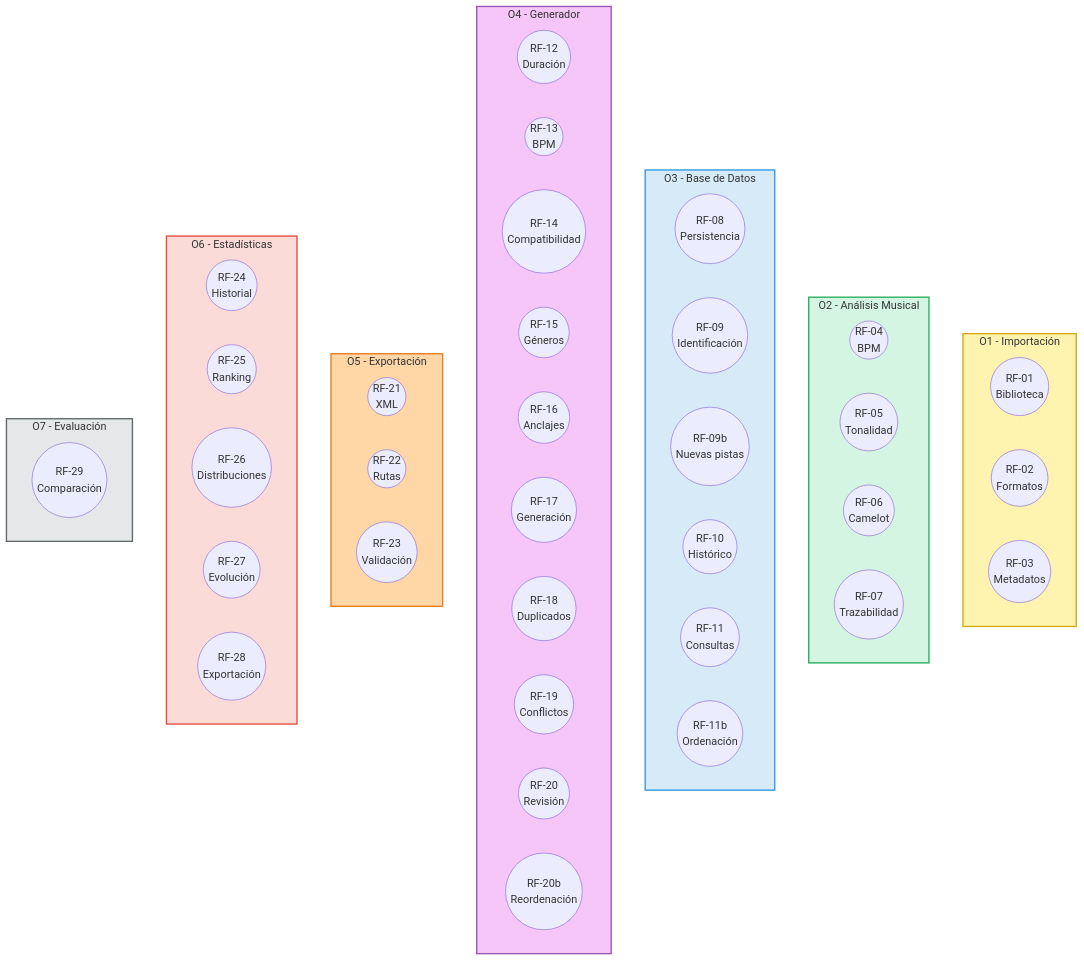
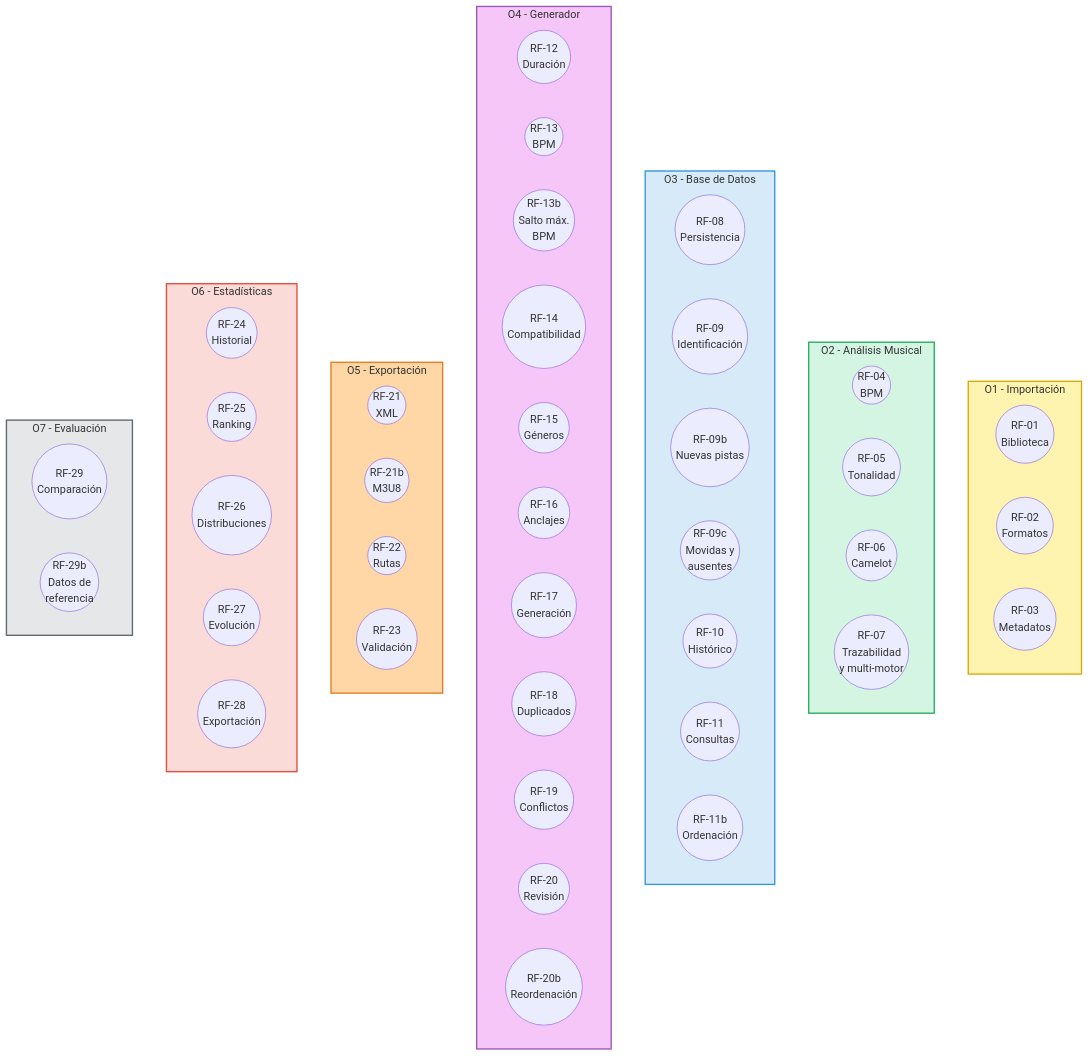
Before and after one commit to pabloo806/Trabajo-de-Fin-de-Grado: the second of 4 diagrams in docs/requirements/requirements.md, drawn with Mermaid. The commit also changed other lines of this file, not shown here.

````diff
--- a/docs/requirements/requirements.md
+++ b/docs/requirements/requirements.md
@@ -145,70 +160,74 @@
 ```mermaid
 flowchart TB
     subgraph O1["O1 - Importación"]
         direction LR
         RF01(("RF-01<br/>Biblioteca"))
         RF02(("RF-02<br/>Formatos"))
         RF03(("RF-03<br/>Metadatos"))
     end
 
     subgraph O2["O2 - Análisis Musical"]
         direction LR
         RF04(("RF-04<br/>BPM"))
         RF05(("RF-05<br/>Tonalidad"))
         RF06(("RF-06<br/>Camelot"))
-        RF07(("RF-07<br/>Trazabilidad"))
+        RF07(("RF-07<br/>Trazabilidad<br/>y multi-motor"))
     end
 
     subgraph O3["O3 - Base de Datos"]
         direction LR
         RF08(("RF-08<br/>Persistencia"))
         RF09(("RF-09<br/>Identificación"))
         RF09B(("RF-09b<br/>Nuevas pistas"))
+        RF09C(("RF-09c<br/>Movidas y<br/>ausentes"))
         RF10(("RF-10<br/>Histórico"))
         RF11(("RF-11<br/>Consultas"))
         RF11B(("RF-11b<br/>Ordenación"))
     end
 
     subgraph O4["O4 - Generador"]
         direction LR
         RF12(("RF-12<br/>Duración"))
         RF13(("RF-13<br/>BPM"))
+        RF13B(("RF-13b<br/>Salto máx.<br/>BPM"))
         RF14(("RF-14<br/>Compatibilidad"))
         RF15(("RF-15<br/>Géneros"))
         RF16(("RF-16<br/>Anclajes"))
         RF17(("RF-17<br/>Generación"))
         RF18(("RF-18<br/>Duplicados"))
         RF19(("RF-19<br/>Conflictos"))
         RF20(("RF-20<br/>Revisión"))
         RF20B(("RF-20b<br/>Reordenación"))
     end
 
     subgraph O5["O5 - Exportación"]
         direction LR
         RF21(("RF-21<br/>XML"))
+        RF21B(("RF-21b<br/>M3U8"))
         RF22(("RF-22<br/>Rutas"))
         RF23(("RF-23<br/>Validación"))
     end
 
     subgraph O6["O6 - Estadísticas"]
         direction LR
         RF24(("RF-24<br/>Historial"))
         RF25(("RF-25<br/>Ranking"))
         RF26(("RF-26<br/>Distribuciones"))
         RF27(("RF-27<br/>Evolución"))
         RF28(("RF-28<br/>Exportación"))
     end
 
     subgraph O7["O7 - Evaluación"]
         direction LR
         RF29(("RF-29<br/>Comparación"))
+        RF29B(("RF-29b<br/>Datos de<br/>referencia"))
     end
 
 style O1 fill:#FFF3B0,stroke:#D4AC0D,stroke-width:2px
 style O2 fill:#D5F5E3,stroke:#27AE60,stroke-width:2px
 style O3 fill:#D6EAF8,stroke:#3498DB,stroke-width:2px
 style O4 fill:#F5C6F7,stroke:#9B59B6,stroke-width:2px
 style O5 fill:#FFD6A5,stroke:#E67E22,stroke-width:2px
 style O6 fill:#FADBD8,stroke:#E74C3C,stroke-width:2px
 style O7 fill:#E5E7E9,stroke:#616A6B,stroke-width:2px
 ```
````
